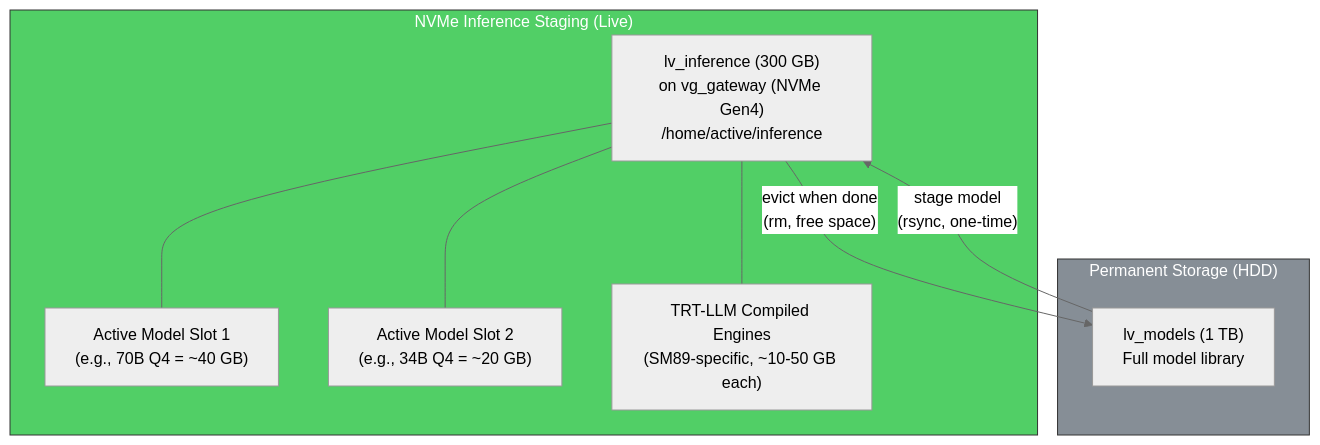
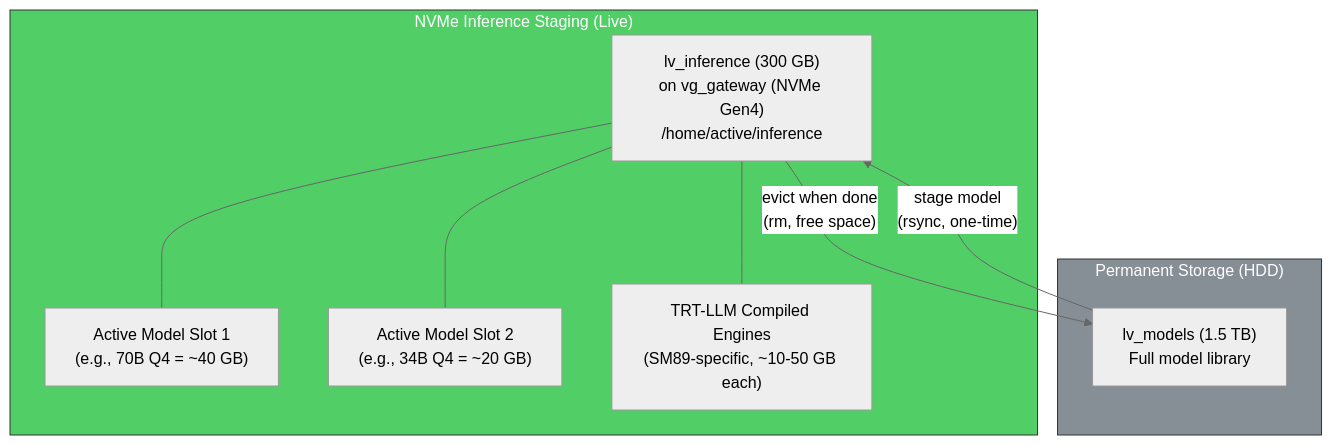
Before and after one commit to AmeerJ97/project-host: diagram 16 of 24 in docs/architecture.md, drawn with Mermaid (neutral theme). The commit also changed other lines of this file and 23 other files, not shown here.

````diff
--- a/docs/architecture.md
+++ b/docs/architecture.md
@@ -849,22 +849,22 @@
 ```mermaid
 graph TD
     subgraph Implemented ["NVMe Inference Staging (Live)"]
         LV_INF["lv_inference (300 GB)<br>on vg_gateway (NVMe Gen4)<br>/home/active/inference"]
         ACTIVE_1["Active Model Slot 1<br>(e.g., 70B Q4 = ~40 GB)"]
         ACTIVE_2["Active Model Slot 2<br>(e.g., 34B Q4 = ~20 GB)"]
         TRT_ENG["TRT-LLM Compiled Engines<br>(SM89-specific, ~10-50 GB each)"]
         LV_INF --- ACTIVE_1
         LV_INF --- ACTIVE_2
         LV_INF --- TRT_ENG
     end
 
     subgraph Permanent ["Permanent Storage (HDD)"]
-        LV_MOD["lv_models (1 TB)<br>Full model library"]
+        LV_MOD["lv_models (1.5 TB)<br>Full model library"]
     end
 
     LV_MOD -->|"stage model<br>(rsync, one-time)"| LV_INF
     LV_INF -->|"evict when done<br>(rm, free space)"| LV_MOD
 
     style Implemented fill:#51cf66,stroke:#333,color:#fff
     style Permanent fill:#868e96,stroke:#333,color:#fff
 ```
````
